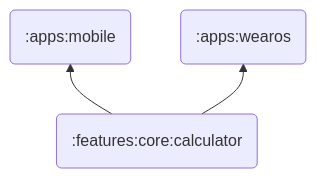
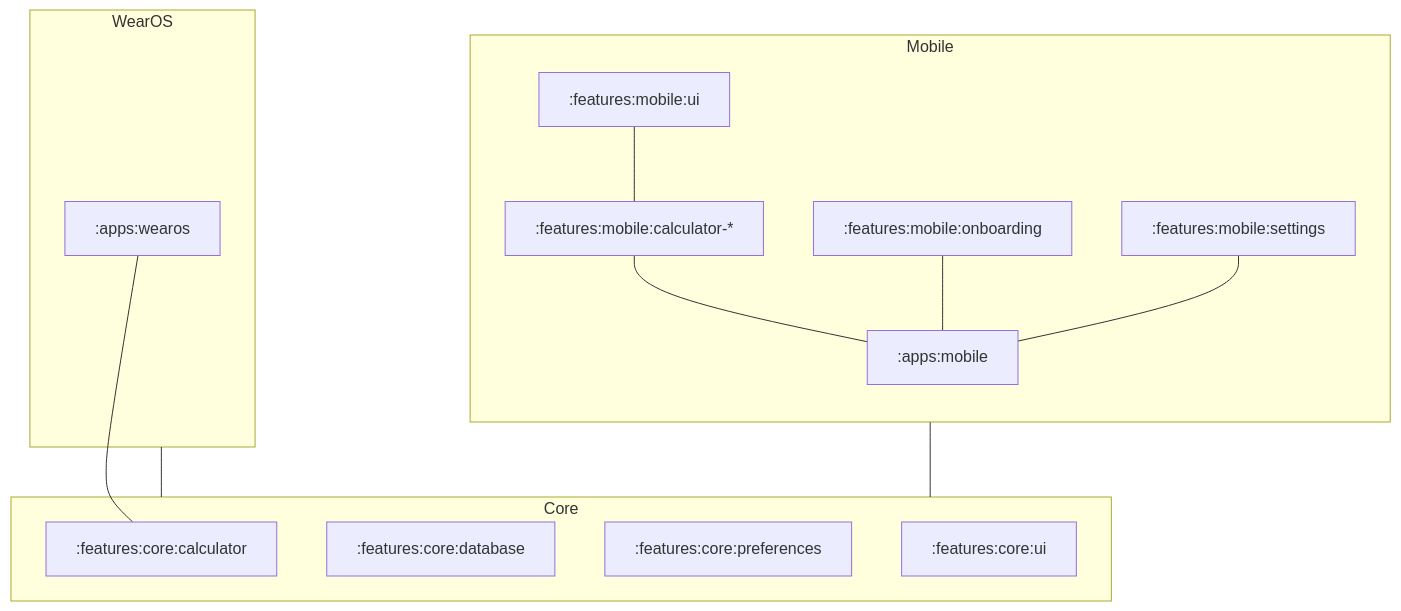
Before and after one commit to marlonlom/mocca: the diagram in README.md, drawn with Mermaid. The commit also changed other lines of this file, not shown here.

````diff
--- a/README.md
+++ b/README.md
@@ -23,5 +31,26 @@
 ```mermaid
 flowchart BT
-    fcc@{ shape: rounded, label: ":features:core:calculator" }-->appm(:apps:mobile)
-    fcc@{ shape: rounded, label: ":features:core:calculator" }-->appw(:apps:wearos)
+    subgraph Core
+        fcc[":features:core:calculator"]
+        fcd[":features:core:database"]
+        fcp[":features:core:preferences"]
+        fcu[":features:core:ui"]
+    end
+    subgraph Mobile
+        fmc[":features:mobile:calculator-*"]
+        fmo[":features:mobile:onboarding"]
+        fms[":features:mobile:settings"]
+        fmu[":features:mobile:ui"]
+        appm[":apps:mobile"]
+    end
+    subgraph WearOS
+        appw[":apps:wearos"]
+    end
+    Core --- Mobile
+    Core --- WearOS
+    fmu --- fmc
+    fmc --- appm
+    fmo --- appm
+    fms --- appm
+    fcc --- appw
 ```
````
